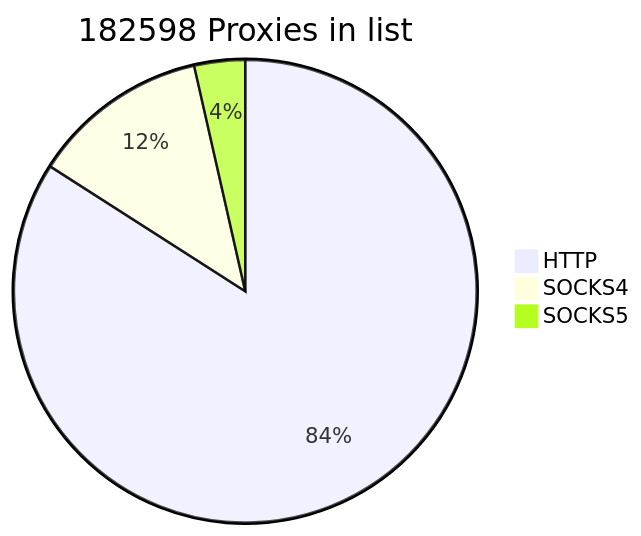
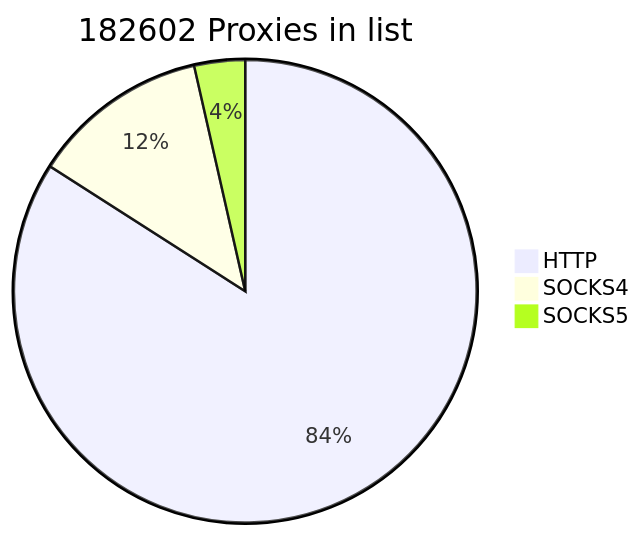
Before and after one commit to cutipu/proxylist: the first of 2 diagrams in README.md, drawn with Mermaid. The commit also changed other lines of this file, not shown here.

````diff
--- a/README.md
+++ b/README.md
@@ -2,7 +2,7 @@
 ```mermaid
-pie title 182598 Proxies in list
+pie title 182602 Proxies in list
     "HTTP" : 153493
-    "SOCKS4" : 22624
-    "SOCKS5" : 6481
+    "SOCKS4" : 22626
+    "SOCKS5" : 6483
             
 ```
````
